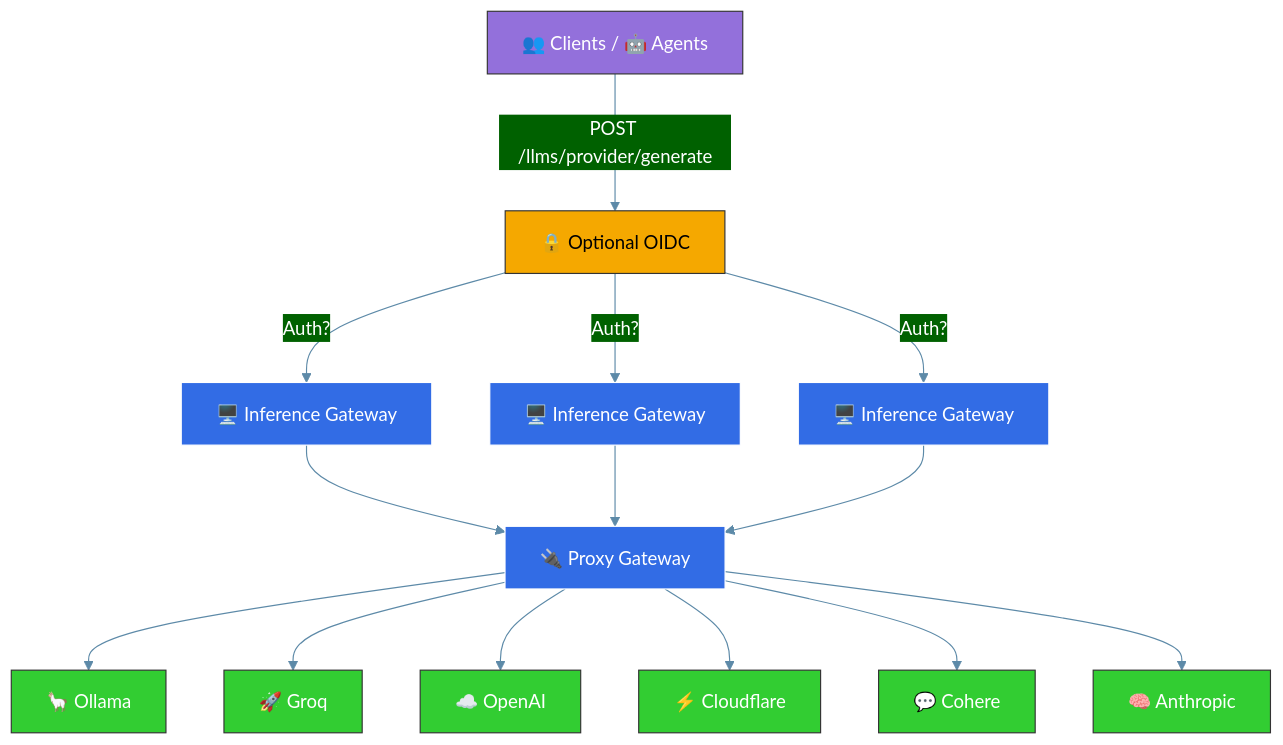
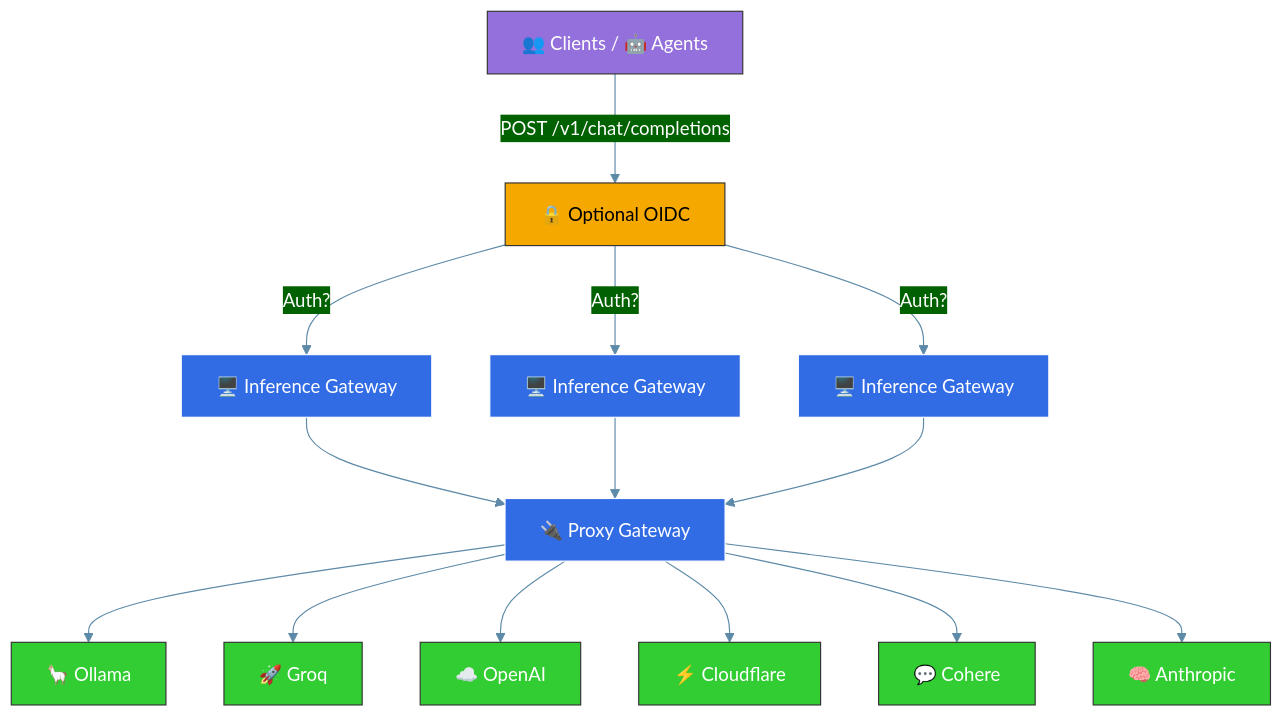
One commit to inference-gateway/docs changed the first of 2 diagrams in markdown/architecture-overview.mdx. Above: the diagram before and after it, drawn with Mermaid. The commit also changed 4 other files, not shown here.

First line of the commit message:
docs: Update API endpoints in documentation for Chat Completions (#2)

````diff
--- a/markdown/architecture-overview.mdx
+++ b/markdown/architecture-overview.mdx
@@ -7,38 +7,38 @@
 ```mermaid
 %%{init: {'theme': 'base', 'themeVariables': { 'primaryColor': '#326CE5', 'primaryTextColor': '#fff', 'lineColor': '#5D8AA8', 'secondaryColor': '#006100' }, 'fontFamily': 'Arial', 'flowchart': {'nodeSpacing': 50, 'rankSpacing': 70, 'padding': 15}}}%%
 
 
 graph TD
     %% Client nodes
-    A["👥 Clients / 🤖 Agents"] --> |POST /llms/provider/generate| Auth
+    A["👥 Clients / 🤖 Agents"] --> |POST /v1/chat/completions| Auth
     
     %% Auth node
     Auth["🔒 Optional OIDC"] --> |Auth?| IG1
     Auth --> |Auth?| IG2
     Auth --> |Auth?| IG3
     
     %% Gateway nodes
     IG1["🖥️ Inference Gateway"] --> P
     IG2["🖥️ Inference Gateway"] --> P
     IG3["🖥️ Inference Gateway"] --> P
     
     %% Proxy and providers
     P["🔌 Proxy Gateway"] --> C["🦙 Ollama"]
     P --> D["🚀 Groq"]
     P --> E["☁️ OpenAI"]
     P --> G["⚡ Cloudflare"]
     P --> H1["💬 Cohere"]
     P --> H2["🧠 Anthropic"]
 
     %% Define styles
     classDef client fill:#9370DB,stroke:#333,stroke-width:1px,color:white;
     classDef auth fill:#F5A800,stroke:#333,stroke-width:1px,color:black;
     classDef gateway fill:#326CE5,stroke:#fff,stroke-width:1px,color:white;
     classDef provider fill:#32CD32,stroke:#333,stroke-width:1px,color:white;
     
     %% Apply styles
     class A client;
     class Auth auth;
     class IG1,IG2,IG3,P gateway;
     class C,D,E,G,H1,H2 provider;
 ```
````
